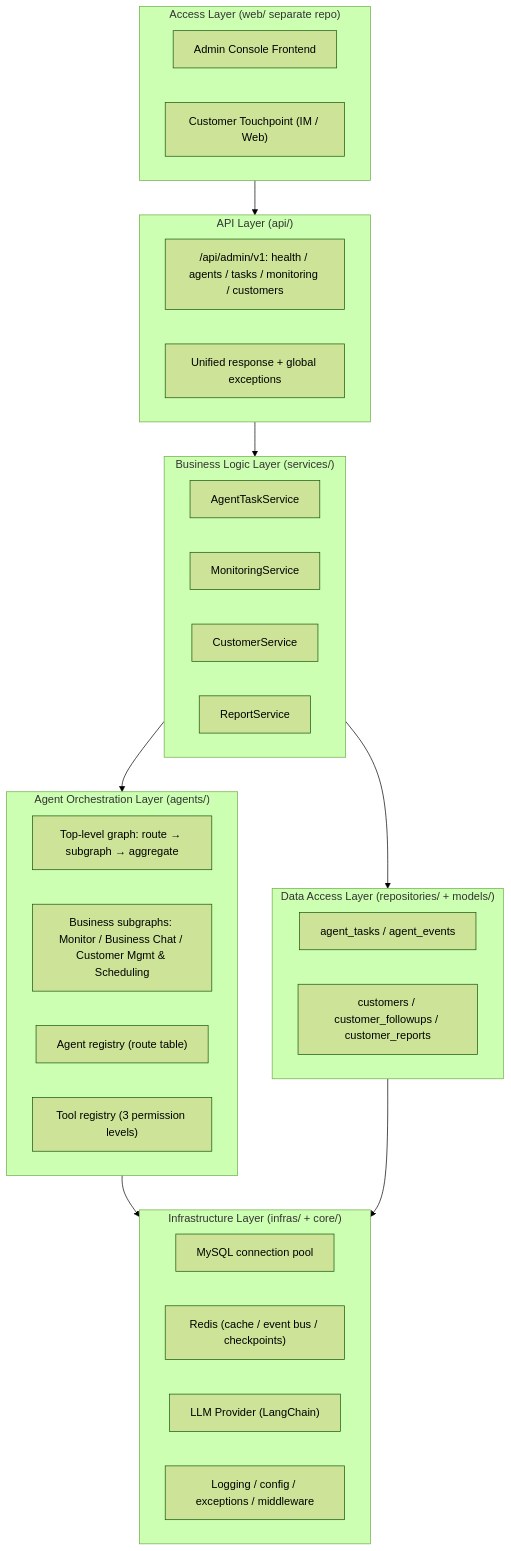
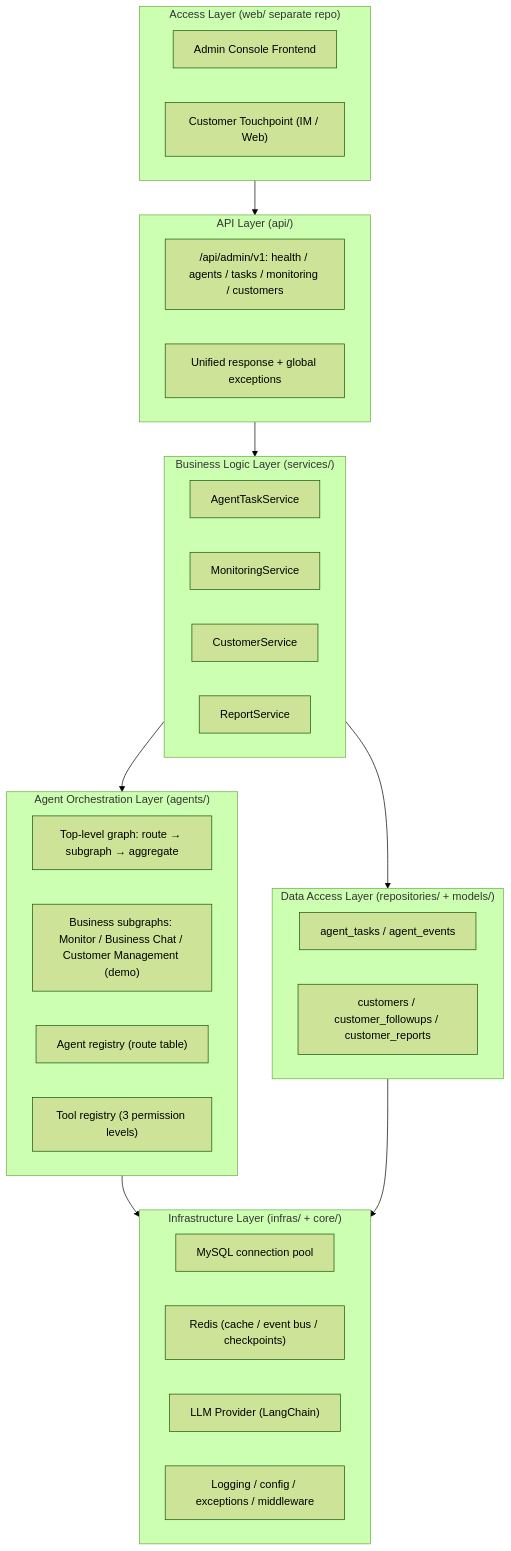
One commit to chain-engine/x-BeiChen changed the first of 4 diagrams in server/README.en.md. Above: the diagram before and after it, drawn with Mermaid (forest theme). The commit also changed other lines of this file and 26 other files, not shown here.

````diff
--- a/server/README.en.md
+++ b/server/README.en.md
@@ -207,43 +207,43 @@
 ```mermaid
 flowchart TB
     subgraph Web["Access Layer (web/ separate repo)"]
         W1["Admin Console Frontend"]
         W2["Customer Touchpoint (IM / Web)"]
     end
 
     subgraph API["API Layer (api/)"]
         A1["/api/admin/v1: health / agents / tasks / monitoring / customers"]
         A2["Unified response + global exceptions"]
     end
 
     subgraph ORCH["Agent Orchestration Layer (agents/)"]
         C1["Top-level graph: route → subgraph → aggregate"]
-        C2["Business subgraphs: Monitor / Business Chat / Customer Mgmt & Scheduling"]
+        C2["Business subgraphs: Monitor / Business Chat / Customer Management (demo)"]
         C3["Agent registry (route table)"]
         C4["Tool registry (3 permission levels)"]
     end
 
     subgraph BIZ["Business Logic Layer (services/)"]
         D1["AgentTaskService"]
         D2["MonitoringService"]
         D3["CustomerService"]
         D4["ReportService"]
     end
 
     subgraph DATA["Data Access Layer (repositories/ + models/)"]
         E1["agent_tasks / agent_events"]
         E2["customers / customer_followups / customer_reports"]
     end
 
     subgraph INFRA["Infrastructure Layer (infras/ + core/)"]
         F1["MySQL connection pool"]
         F2["Redis (cache / event bus / checkpoints)"]
         F3["LLM Provider (LangChain)"]
         F4["Logging / config / exceptions / middleware"]
     end
 
     Web --> API --> BIZ --> DATA
     BIZ --> ORCH
     ORCH --> INFRA
     DATA --> INFRA
 ```
````
